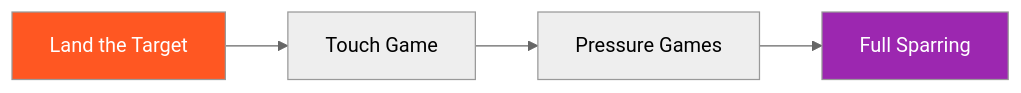
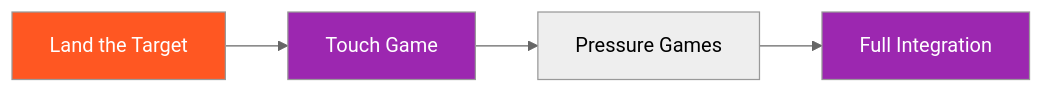
The third of 7 diagrams in docs/reference/prerequisites.md (ACalienes/Ecological-MMA-Game-System), drawn with Mermaid (neutral theme) before and after one commit. The commit also changed other lines of this file and 6 other files, not shown here.

````diff
--- a/docs/reference/prerequisites.md
+++ b/docs/reference/prerequisites.md
@@ -122,9 +155,10 @@
 ```mermaid
 flowchart LR
     A[Land the Target] --> B[Touch Game]
     B --> C[Pressure Games]
-    C --> D[Full Sparring]
+    C --> D[Full Integration]
 
     style A fill:#FF5722,color:#fff
+    style B fill:#9C27B0,color:#fff
     style D fill:#9C27B0,color:#fff
 ```
````
